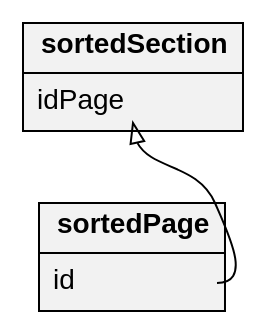
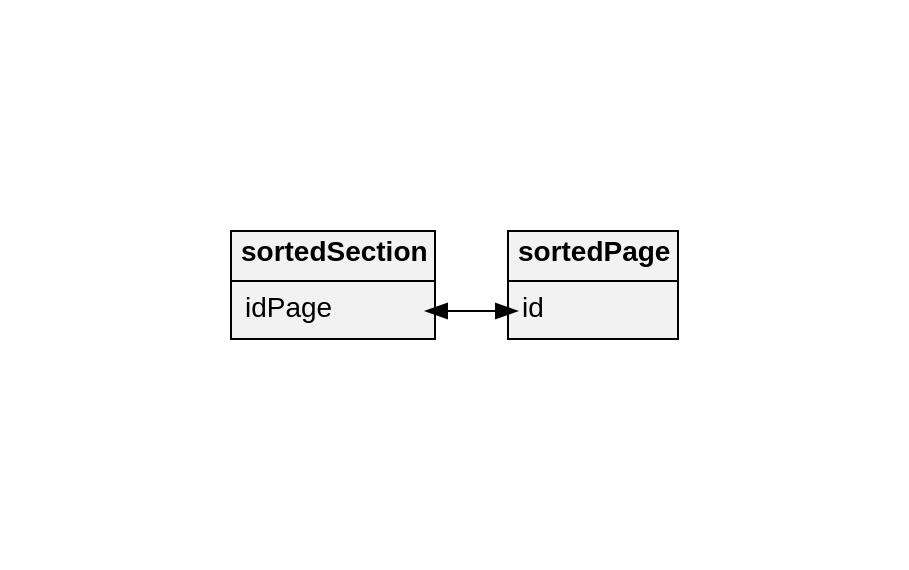
The diagram in dd.dot (eukras/php-mysqli-database-diagram), drawn with Graphviz before and after one commit. The commit also changed 3 other files, not shown here.

```diff
--- a/dd.dot
+++ b/dd.dot
@@ -1,55 +1,61 @@
-
 digraph Database_Diagram {
 
 	graph [
+        pad="1.5"
+        ranksep="0.5";
+        nodesep="0.5";
+        overlap=true;
+        splines=false;
+        rankdir="LR";
 	]
 
 	node [
-		fontname="Helvetica,Arial,sans-serif"
-		shape=record
-		style=filled
-		fillcolor=gray95
+		fontname="Helvetica,Arial,sans-serif";
+		shape=record;
+		style=filled;
+		fillcolor=gray95;
 	]
 
-	edge [dir=back arrowtail=empty]
+    edge [
+        dir=both;
+    ]
+
     sortedSection [
 		shape=plain
 		label=<<table border="0" cellborder="1" cellspacing="0" cellpadding="4">
 			<tr>
-			<td> <b>sortedSection</b> </td>
+                <td><b>sortedSection</b></td>
 			</tr>
 			<tr>
 				<td>
 					<table border="0" cellborder="0" cellspacing="0" >
 							<tr>
-						<td port="idPage" align="left">
-								idPage							</td>
+                            <td port="idPage" align="left">idPage</td>
 						</tr>
 						</table>
 				</td>
 			</tr>
 		</table>>
 	]
-	edge [dir=back arrowtail=empty]
     sortedPage [
 		shape=plain
 		label=<<table border="0" cellborder="1" cellspacing="0" cellpadding="4">
 			<tr>
-			<td> <b>sortedPage</b> </td>
+                <td><b>sortedPage</b></td>
 			</tr>
 			<tr>
 				<td>
 					<table border="0" cellborder="0" cellspacing="0" >
 							<tr>
-						<td port="id" align="left">
-								id							</td>
+                            <td port="id" align="left">id</td>
 						</tr>
 						</table>
 				</td>
 			</tr>
 		</table>>
 	]
 
-	sortedSection:idPage -> sortedPage:id;
+
+    sortedSection:idPage -> sortedPage:id;
 
 }
```
